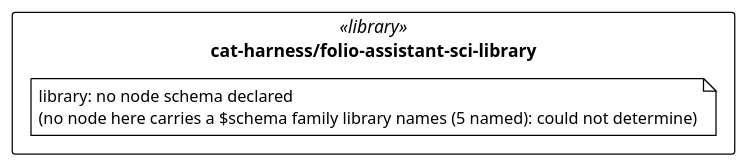
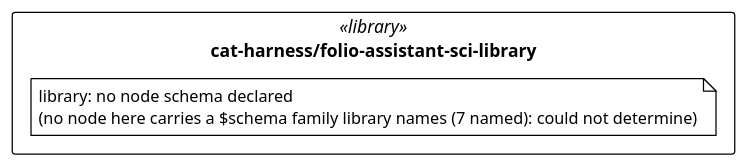
The diagram in cat-harness/uml/overview/cat-harness/folio-assistant-sci-library.puml (litlfred/folio-assistant), drawn with PlantUML before and after one commit. The commit also changed 174 other files, not shown here.

```diff
--- a/cat-harness/uml/overview/cat-harness/folio-assistant-sci-library.puml
+++ b/cat-harness/uml/overview/cat-harness/folio-assistant-sci-library.puml
@@ -3,13 +3,13 @@
 @startuml cat_harness_folio_assistant_sci_library
 !pragma layout elk
 !theme plain
 skinparam classAttributeIconSize 0
 skinparam shadowing false
 skinparam packageStyle rectangle
 hide empty methods
 
 package "cat-harness/folio-assistant-sci-library" as pkg_cat_harness_folio_assistant_sci_library <<library>> {
-  note "library: no node schema declared\n(no node here carries a $schema family library names (5 named): could not determine)" as n_cat_harness_folio_assistant_sci_library_library
+  note "library: no node schema declared\n(no node here carries a $schema family library names (7 named): could not determine)" as n_cat_harness_folio_assistant_sci_library_library
 }
 
 @enduml
```
